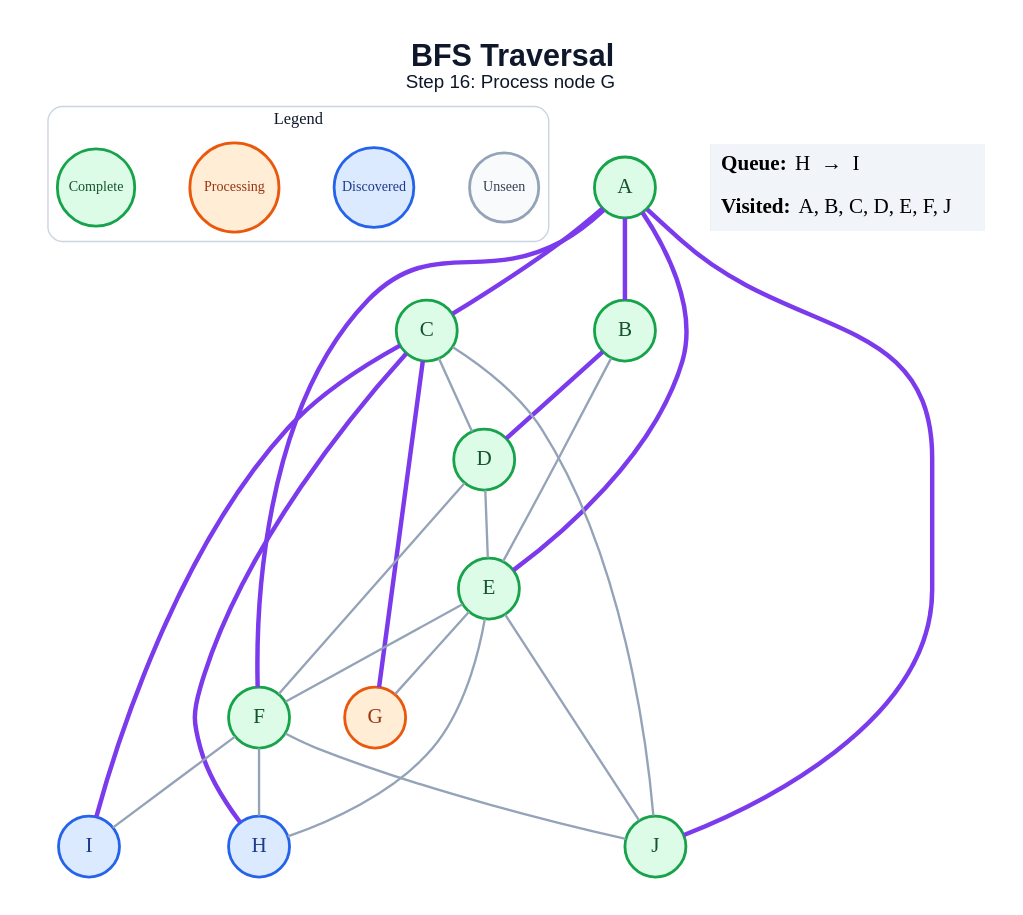
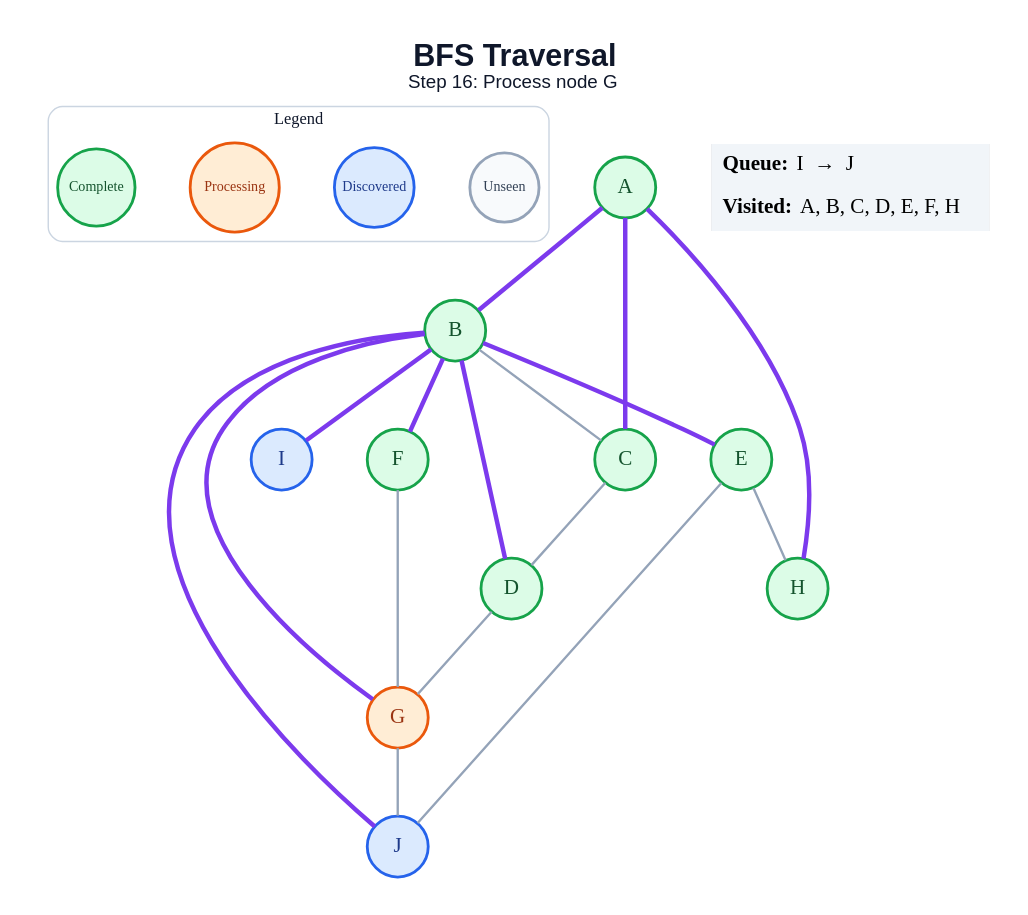
One commit to amanghodawala9/ai-slop changed the diagram in generated/bfs/step_16.dot. Above: the diagram before and after it, drawn with Graphviz. The commit also changed 178 other files, not shown here.

```diff
--- a/generated/bfs/step_16.dot
+++ b/generated/bfs/step_16.dot
@@ -1,50 +1,45 @@
 graph traversal {
   graph [layout=dot, rankdir=TB, bgcolor="#FFFFFF", pad="0.35", nodesep="0.65", ranksep="0.8", fontname="Arial"];
   node [shape=circle, style="filled", fontname="Arial Bold", fontsize=18, width=0.72, fixedsize=true, penwidth=2.4];
   edge [color="#94A3B8", penwidth=2.0];
   label=<<B>BFS Traversal</B><BR/><FONT POINT-SIZE="16">Step 16: Process node G</FONT>>; labelloc="t"; fontsize=26; fontname="Arial"; fontcolor="#0F172A";
   subgraph cluster_legend { label="Legend"; color="#CBD5E1"; penwidth=1.2; style="rounded"; fontsize=14; fontname="Arial Bold";
     key_unseen [label="Unseen", fillcolor="#F8FAFC", color="#94A3B8", fontcolor="#334155", fontsize=12, width=0.82];
     key_frontier [label="Discovered", fillcolor="#DBEAFE", color="#2563EB", fontcolor="#1E3A8A", fontsize=12, width=0.95];
     key_current [label="Processing", fillcolor="#FFEDD5", color="#EA580C", fontcolor="#9A3412", fontsize=12, width=1.05];
     key_done [label="Complete", fillcolor="#DCFCE7", color="#16A34A", fontcolor="#14532D", fontsize=12, width=0.92];
     { rank=same; key_unseen; key_frontier; key_current; key_done; }
   }
   A [fillcolor="#DCFCE7", color="#16A34A", fontcolor="#14532D"];
   B [fillcolor="#DCFCE7", color="#16A34A", fontcolor="#14532D"];
   C [fillcolor="#DCFCE7", color="#16A34A", fontcolor="#14532D"];
   D [fillcolor="#DCFCE7", color="#16A34A", fontcolor="#14532D"];
   E [fillcolor="#DCFCE7", color="#16A34A", fontcolor="#14532D"];
   F [fillcolor="#DCFCE7", color="#16A34A", fontcolor="#14532D"];
   G [fillcolor="#FFEDD5", color="#EA580C", fontcolor="#9A3412"];
-  H [fillcolor="#DBEAFE", color="#2563EB", fontcolor="#1E3A8A"];
+  H [fillcolor="#DCFCE7", color="#16A34A", fontcolor="#14532D"];
   I [fillcolor="#DBEAFE", color="#2563EB", fontcolor="#1E3A8A"];
-  J [fillcolor="#DCFCE7", color="#16A34A", fontcolor="#14532D"];
+  J [fillcolor="#DBEAFE", color="#2563EB", fontcolor="#1E3A8A"];
   A -- B [color="#7C3AED", penwidth=3.8];
   A -- C [color="#7C3AED", penwidth=3.8];
-  A -- E [color="#7C3AED", penwidth=3.8];
-  A -- F [color="#7C3AED", penwidth=3.8];
-  A -- J [color="#7C3AED", penwidth=3.8];
+  A -- H [color="#7C3AED", penwidth=3.8];
+  B -- C;
   B -- D [color="#7C3AED", penwidth=3.8];
-  B -- E;
+  B -- E [color="#7C3AED", penwidth=3.8];
+  B -- F [color="#7C3AED", penwidth=3.8];
+  B -- G [color="#7C3AED", penwidth=3.8];
+  B -- I [color="#7C3AED", penwidth=3.8];
+  B -- J [color="#7C3AED", penwidth=3.8];
   C -- D;
-  C -- G [color="#7C3AED", penwidth=3.8];
-  C -- H [color="#7C3AED", penwidth=3.8];
-  C -- I [color="#7C3AED", penwidth=3.8];
-  C -- J;
-  D -- E;
-  D -- F;
-  E -- F;
-  E -- G;
+  D -- G;
   E -- H;
   E -- J;
-  F -- H;
-  F -- I;
-  F -- J;
+  F -- G;
+  G -- J;
   status [shape=plain, fixedsize=false, width=0, height=0, margin=0, label=<
     <TABLE BORDER="0" CELLBORDER="0" CELLPADDING="7" BGCOLOR="#F1F5F9">
-      <TR><TD ALIGN="LEFT"><B>Queue:</B> H  →  I</TD></TR>
-      <TR><TD ALIGN="LEFT"><B>Visited:</B> A, B, C, D, E, F, J</TD></TR>
+      <TR><TD ALIGN="LEFT"><B>Queue:</B> I  →  J</TD></TR>
+      <TR><TD ALIGN="LEFT"><B>Visited:</B> A, B, C, D, E, F, H</TD></TR>
     </TABLE>
   >];
 }
```
